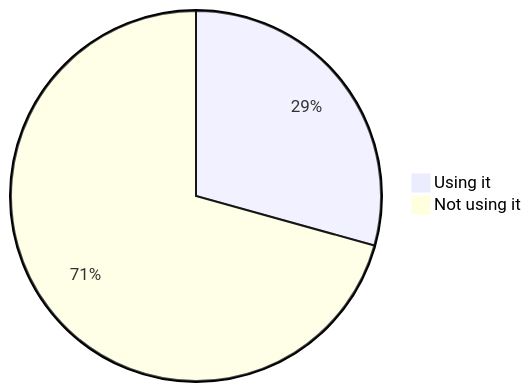
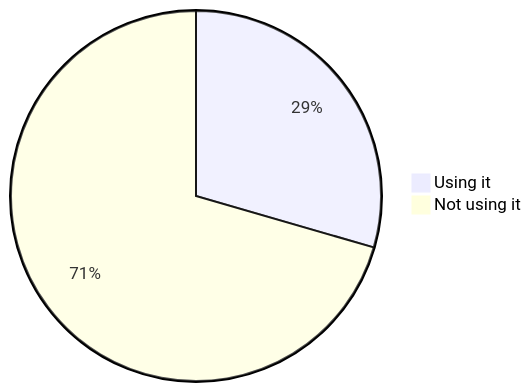
Before and after one commit to oshp/oshp-stats: diagram 16 of 22 in stats.md, drawn with Mermaid. The commit also changed other lines of this file, not shown here.

````diff
--- a/stats.md
+++ b/stats.md
@@ -190,6 +190,6 @@
 ```mermaid
 pie
-	"Using it" : 29.31
-	"Not using it" : 70.69
+	"Using it" : 29.48
+	"Not using it" : 70.52
 
 ```
````
